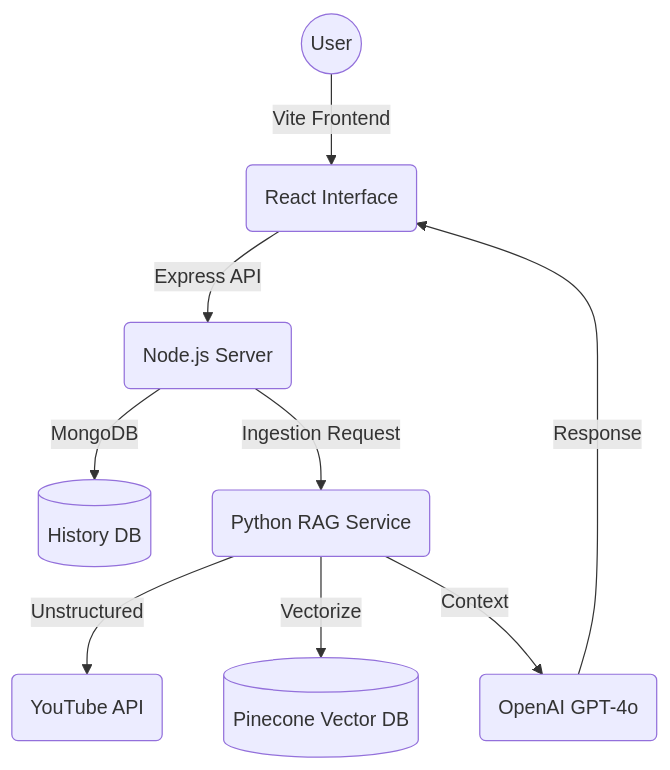
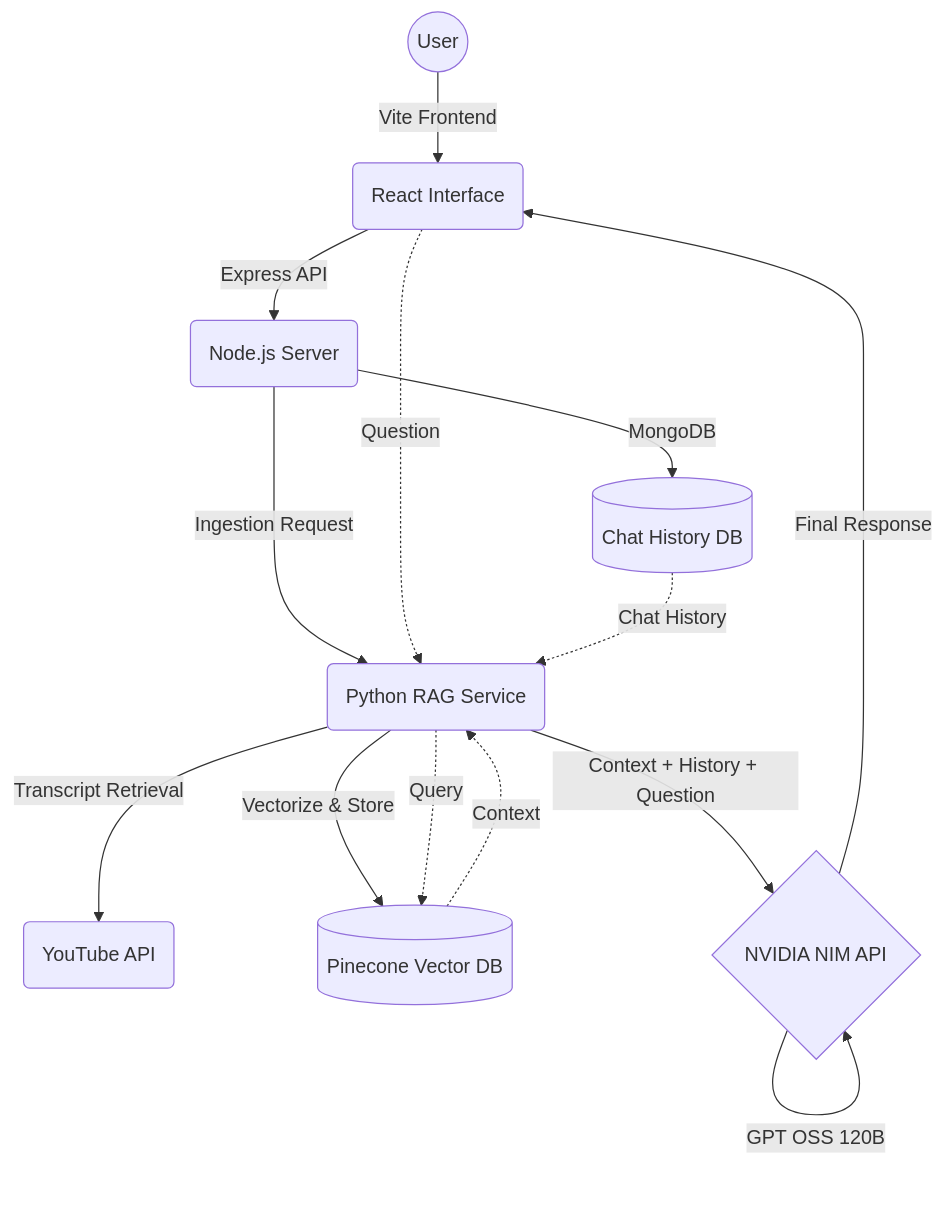
Before and after one commit to ManasArora33/youtube-rag-system: the diagram in README.md, drawn with Mermaid. The commit also changed other lines of this file, not shown here.

Commit message:
docs: Updated technical architecture to reflect NVIDIA NIM and GPT 120B

````diff
--- a/README.md
+++ b/README.md
@@ -58,11 +59,19 @@
 ```mermaid
 graph TD
     User((User)) -->|Vite Frontend| FE(React Interface)
     FE -->|Express API| BE(Node.js Server)
-    BE -->|MongoDB| DB[(History DB)]
+    BE -->|MongoDB| DB[(Chat History DB)]
     BE -->|Ingestion Request| PY(Python RAG Service)
-    PY -->|Unstructured| YT(YouTube API)
-    PY -->|Vectorize| PIN[(Pinecone Vector DB)]
-    PY -->|Context| GPT(OpenAI GPT-4o)
-    GPT -->|Response| FE
+    PY -->|Transcript Retrieval| YT(YouTube API)
+    PY -->|Vectorize & Store| PIN[(Pinecone Vector DB)]
+    
+    %% The RAG Loop
+    FE -.->|Question| PY
+    PY -.->|Query| PIN
+    PIN -.->|Context| PY
+    DB -.->|Chat History| PY
+    
+    PY -->|Context + History + Question| NIM{NVIDIA NIM API}
+    NIM -->|GPT OSS 120B| NIM
+    NIM -->|Final Response| FE
 ```
````
